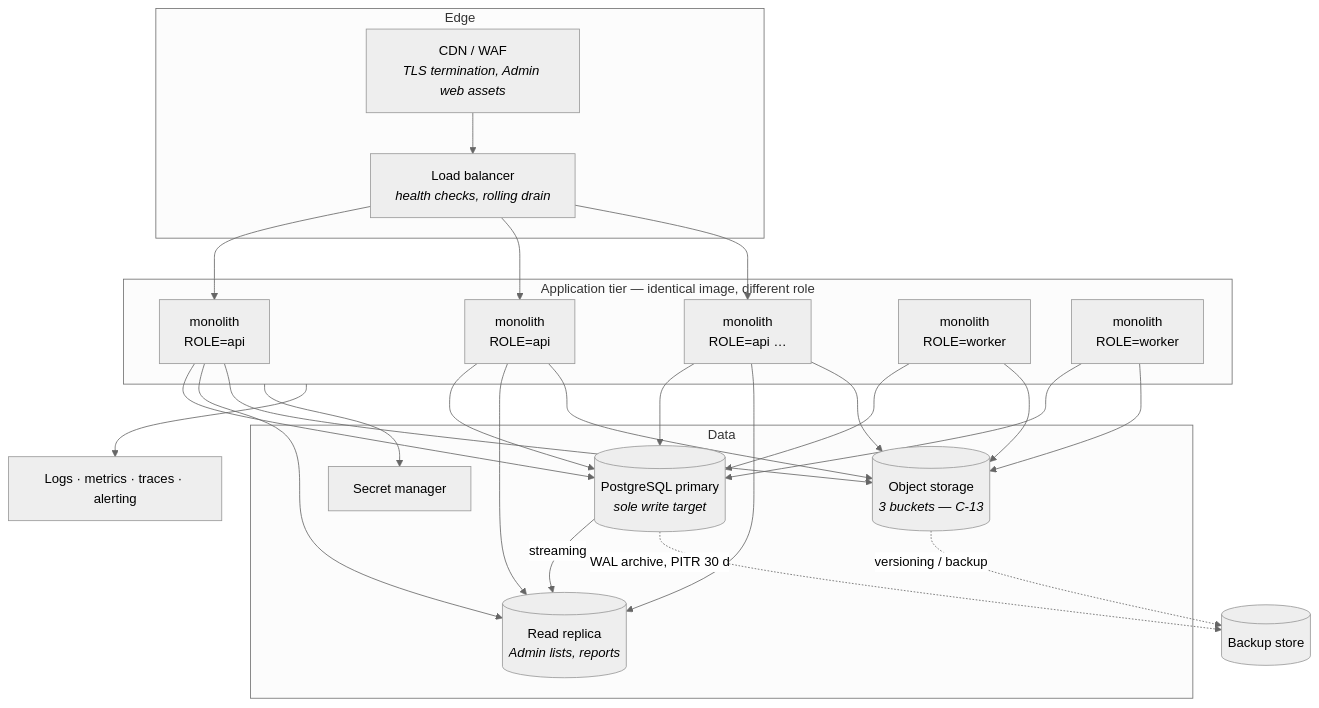
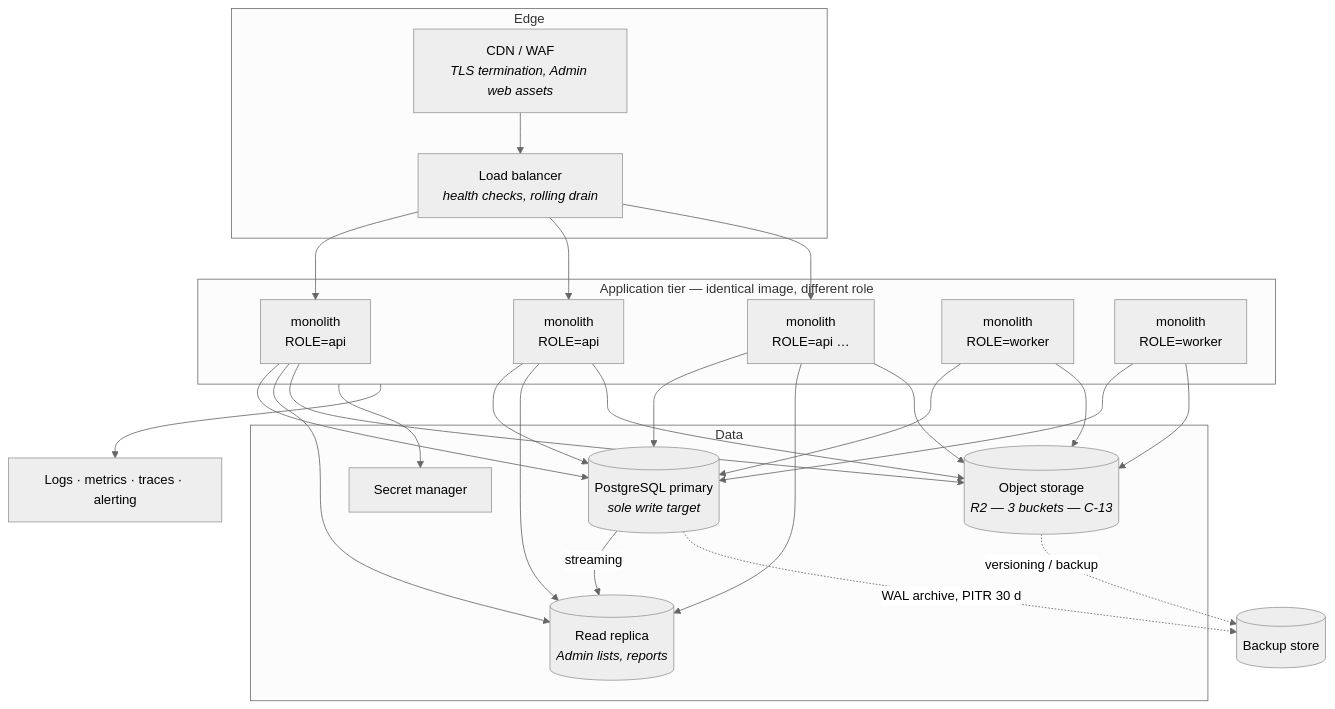
Before and after one commit to shabibmr/karat-hive: the third of 7 diagrams in docs/Architecture-Backend.md, drawn with Mermaid (neutral theme). The commit also changed other lines of this file and 42 other files, not shown here.

````diff
--- a/docs/Architecture-Backend.md
+++ b/docs/Architecture-Backend.md
@@ -220,37 +221,37 @@
 ```mermaid
 flowchart TB
     subgraph Edge
         CDN["CDN / WAF<br/><i>TLS termination, Admin web assets</i>"]
         LB["Load balancer<br/><i>health checks, rolling drain</i>"]
     end
 
     subgraph Compute["Application tier — identical image, different role"]
         API1["monolith<br/>ROLE=api"]
         API2["monolith<br/>ROLE=api"]
         APIn["monolith<br/>ROLE=api …"]
         W1["monolith<br/>ROLE=worker"]
         W2["monolith<br/>ROLE=worker"]
     end
 
     subgraph Data
         PG[("PostgreSQL primary<br/><i>sole write target</i>")]
         RR[("Read replica<br/><i>Admin lists, reports</i>")]
-        OS[("Object storage<br/><i>3 buckets — C-13</i>")]
+        OS[("Object storage<br/><i>R2 — 3 buckets — C-13</i>")]
         SEC["Secret manager"]
     end
 
     OBS["Logs · metrics · traces · alerting"]
 
     CDN --> LB
     LB --> API1 & API2 & APIn
     API1 & API2 & APIn --> PG
     API1 & API2 & APIn --> RR
     API1 & API2 & APIn --> OS
     W1 & W2 --> PG
     W1 & W2 --> OS
     PG -->|streaming| RR
     PG -.->|WAL archive, PITR 30 d| BK[("Backup store")]
     OS -.->|versioning / backup| BK
     Compute --> SEC
     Compute --> OBS
 ```
````
